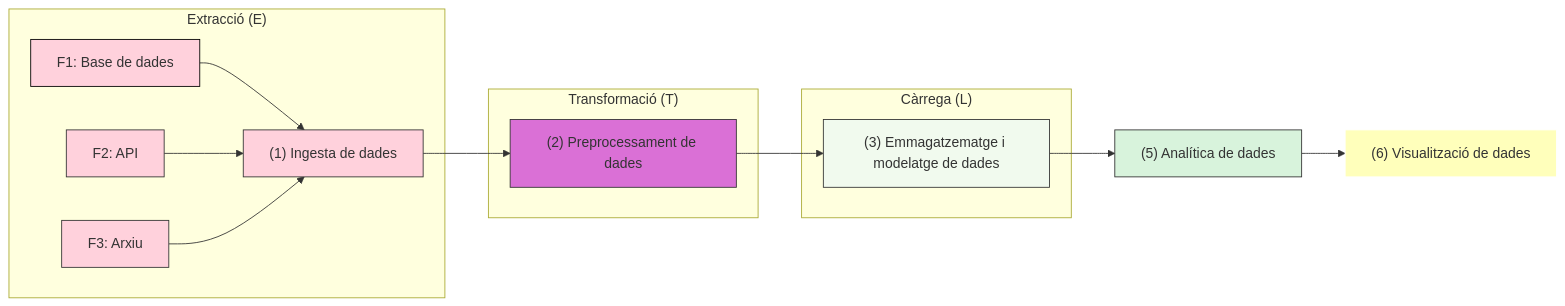
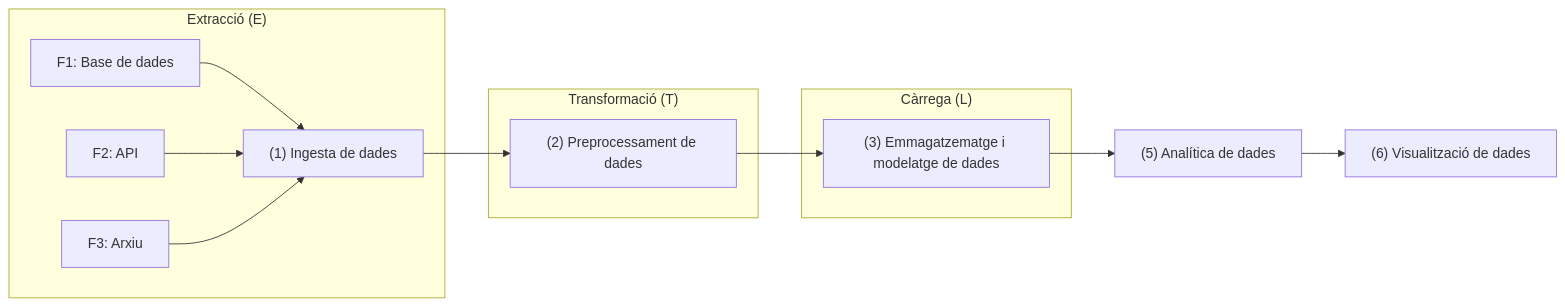
The diagram in pages/dwh_02/alumnat/introbigdata.md (amaliag0/amaliag0.github.io), drawn with Mermaid before and after one commit. The commit also changed other lines of this file and 7 other files, not shown here.

````diff
--- a/pages/dwh_02/alumnat/introbigdata.md
+++ b/pages/dwh_02/alumnat/introbigdata.md
@@ -58,33 +77,24 @@
 ```mermaid
 flowchart LR
     subgraph "`Extracció (E)`"
         A1["`F1: Base de dades`"]
         A2["`F2: API`"]
         A3["`F3: Arxiu`"]
         A1 --> B["`(1) Ingesta de dades`"]
         A2 --> B
         A3 --> B
     end
 
     subgraph "`Transformació (T)`"
         B --> C["`(2) Preprocessament de dades`"]
     end
 
     subgraph "`Càrrega (L)`"
         C --> D["`(3) Emmagatzematge i modelatge de dades`"]
     end
 
     D --> E["`(5) Analítica de dades`"]
     
     E --> F["`(6) Visualització de dades`"]
 
-    style A1 fill:#FFD1DC,stroke:#000,stroke-width:1px
-    style A2 fill:#FFD1DC,stroke:#333,stroke-width:1px
-    style A3 fill:#FFD1DC,stroke:#333,stroke-width:1px
-    style B fill:#FFD1DC,stroke:#333,stroke-width:1px
-    style C fill:#DA70D6,stroke:#333,stroke-width:1px
-    style D fill:#F1FAEE,stroke:#333,stroke-width:1px
-    style E fill:#D8F3DC,stroke:#333,stroke-width:1px
-    style F fill:#ffb,stroke:#fff,stroke-width:1px
-
 ```
````
